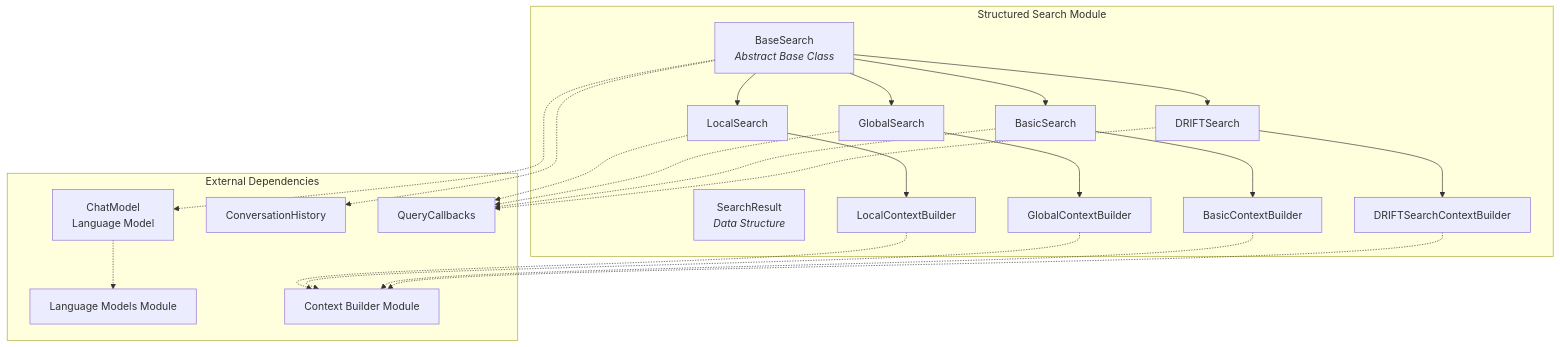
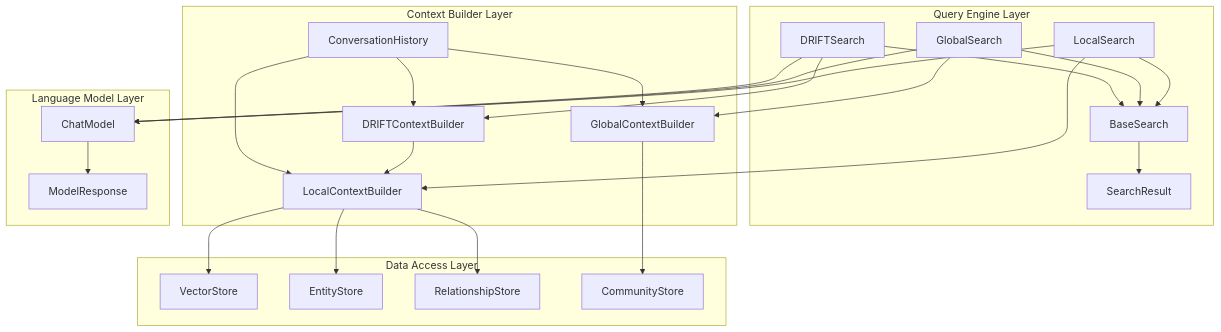
The first of 8 diagrams in docs/microsoft--graphrag-docs/structured_search.md (FSoft-AI4Code/codewiki-demo), drawn with Mermaid before and after one commit. The commit also changed other lines of this file and 1103 other files, not shown here.

````diff
--- a/docs/microsoft--graphrag-docs/structured_search.md
+++ b/docs/microsoft--graphrag-docs/structured_search.md
@@ -15,38 +13,54 @@
 ```mermaid
 graph TB
-    subgraph "Structured Search Module"
-        BS[BaseSearch<br/><i>Abstract Base Class</i>]
-        SR[SearchResult<br/><i>Data Structure</i>]
-        
-        BS --> LS[LocalSearch]
-        BS --> GS[GlobalSearch]
-        BS --> BRS[BasicSearch]
-        BS --> DS[DRIFTSearch]
-        
-        LS --> LSCB[LocalContextBuilder]
-        GS --> GSCB[GlobalContextBuilder]
-        BRS --> BSCB[BasicContextBuilder]
-        DS --> DSCB[DRIFTSearchContextBuilder]
+    subgraph "Query Engine Layer"
+        BS[BaseSearch]
+        SR[SearchResult]
+        LS[LocalSearch]
+        GS[GlobalSearch]
+        DS[DRIFTSearch]
     end
     
-    subgraph "External Dependencies"
-        CM[ChatModel<br/>Language Model]
+    subgraph "Context Builder Layer"
+        LCB[LocalContextBuilder]
+        GCB[GlobalContextBuilder]
+        DCB[DRIFTContextBuilder]
         CH[ConversationHistory]
-        QC[QueryCallbacks]
-        LM[Language Models Module]
-        CB[Context Builder Module]
     end
     
-    BS -.-> CM
-    BS -.-> CH
-    LS -.-> QC
-    GS -.-> QC
-    BRS -.-> QC
-    DS -.-> QC
+    subgraph "Language Model Layer"
+        CM[ChatModel]
+        MR[ModelResponse]
+    end
     
-    CM -.-> LM
-    LSCB -.-> CB
-    GSCB -.-> CB
-    BSCB -.-> CB
-    DSCB -.-> CB
+    subgraph "Data Access Layer"
+        VS[VectorStore]
+        ES[EntityStore]
+        RS[RelationshipStore]
+        CS[CommunityStore]
+    end
+    
+    BS --> SR
+    LS --> BS
+    GS --> BS
+    DS --> BS
+    
+    LS --> LCB
+    GS --> GCB
+    DS --> DCB
+    
+    LCB --> VS
+    LCB --> ES
+    LCB --> RS
+    GCB --> CS
+    DCB --> LCB
+    
+    LS --> CM
+    GS --> CM
+    DS --> CM
+    
+    CM --> MR
+    
+    CH --> LCB
+    CH --> GCB
+    CH --> DCB
 ```
````
